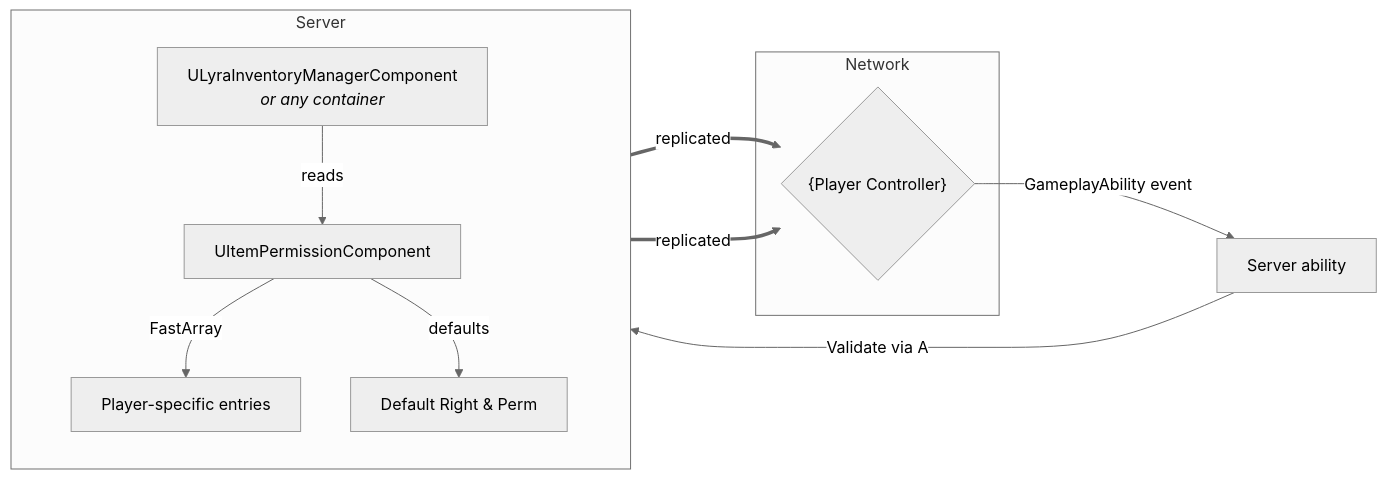
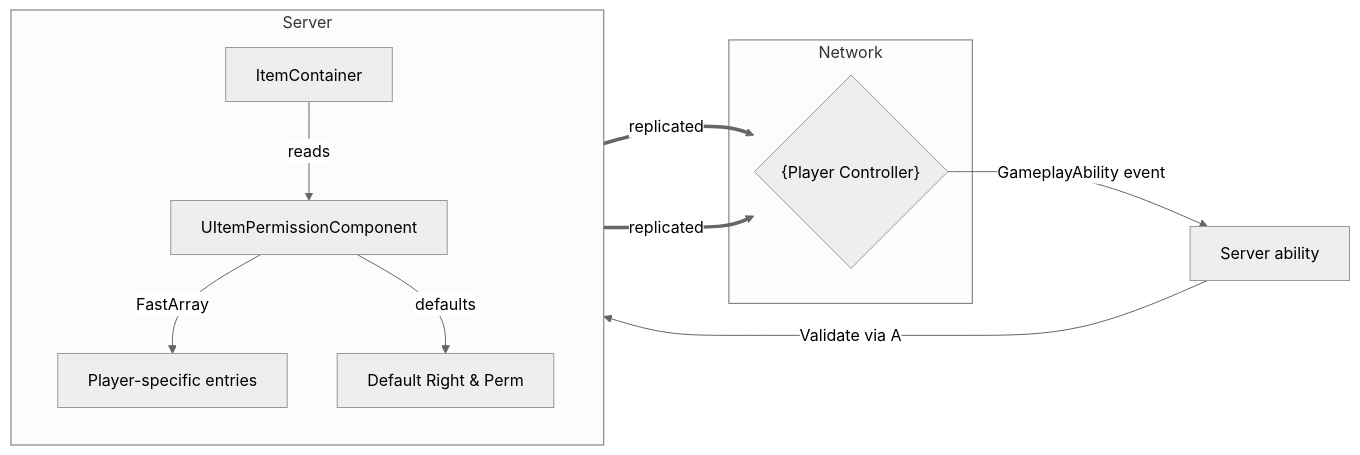
The diagram in outliyr-framework/docs/base-lyra-modified/items/access-rights-and-permissions/README.md (outliyr/outliyr-docs), drawn with Mermaid (neutral theme) before and after one commit. The commit also changed other lines of this file, not shown here.

Commit message:
GITBOOK-159: No subject

````diff
--- a/outliyr-framework/docs/base-lyra-modified/items/access-rights-and-permissions/README.md
+++ b/outliyr-framework/docs/base-lyra-modified/items/access-rights-and-permissions/README.md
@@ -40,17 +40,17 @@
 ```mermaid
 flowchart LR
     subgraph Server
         direction TB
         A["UItemPermissionComponent"] -- FastArray --> B["Player-specific entries"]
         A -- defaults --> C["Default Right & Perm"]
-        D["ULyraInventoryManagerComponent<br><i>or any container</i>"] -->|reads| A
+        D["ItemContainer"] -->|reads| A
     end
 
     subgraph Network
         B == replicated ==> PC{"{Player Controller}"}
         C == replicated ==> PC
     end
 
     PC -->|GameplayAbility event| S["Server ability"]
     S -->|Validate via A| D
 ```
````
